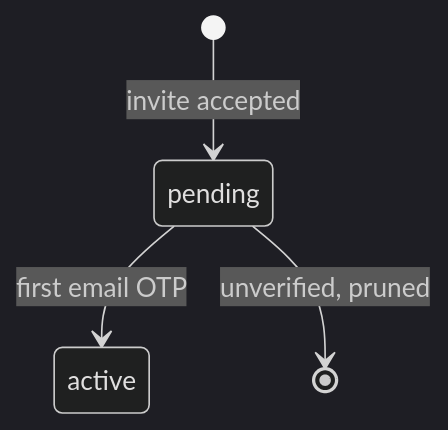
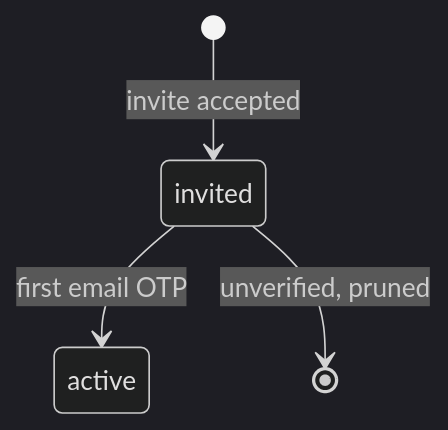
One commit to Blue-Dots-Economy/aggregator-dpg changed the third of 4 diagrams in docs/plans/invite-only-onboarding.md. Above: the diagram before and after it, drawn with Mermaid (dark theme). The commit also changed other lines of this file, not shown here.

Commit message:
docs(plans): keep accounts invited until the first email OTP

````diff
--- a/docs/plans/invite-only-onboarding.md
+++ b/docs/plans/invite-only-onboarding.md
@@ -79,6 +79,6 @@
 ```mermaid
 stateDiagram-v2
-  [*] --> pending: invite accepted
-  pending --> active: first email OTP
-  pending --> [*]: unverified, pruned
+  [*] --> invited: invite accepted
+  invited --> active: first email OTP
+  invited --> [*]: unverified, pruned
 ```
````
